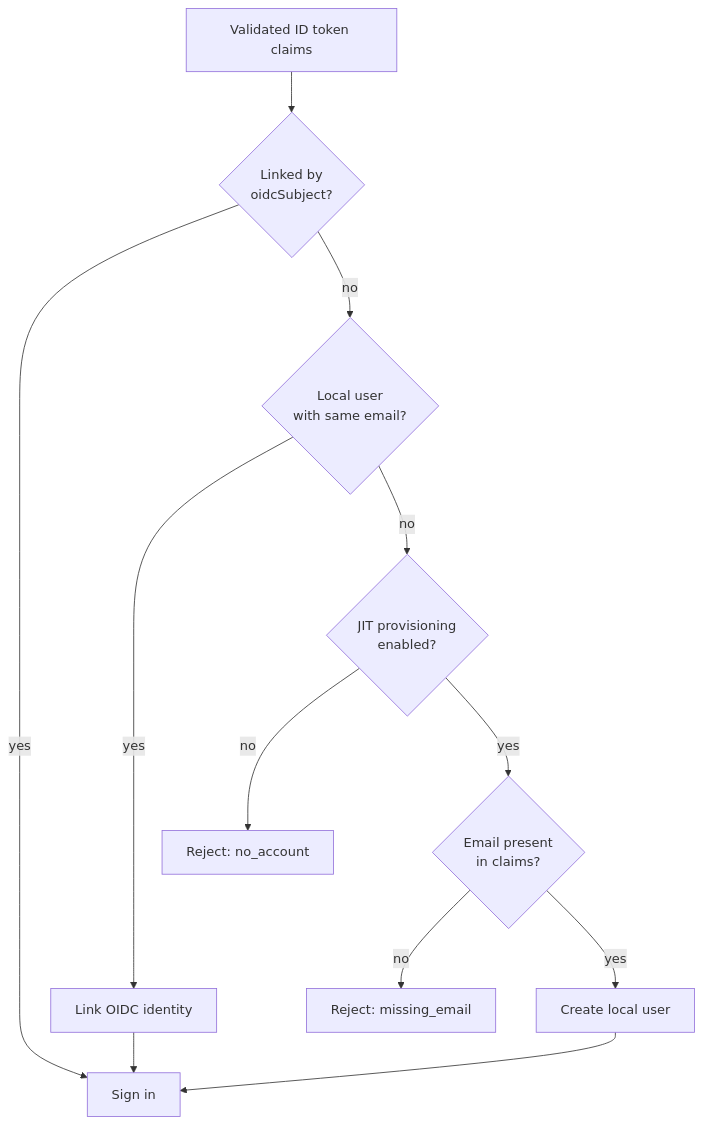
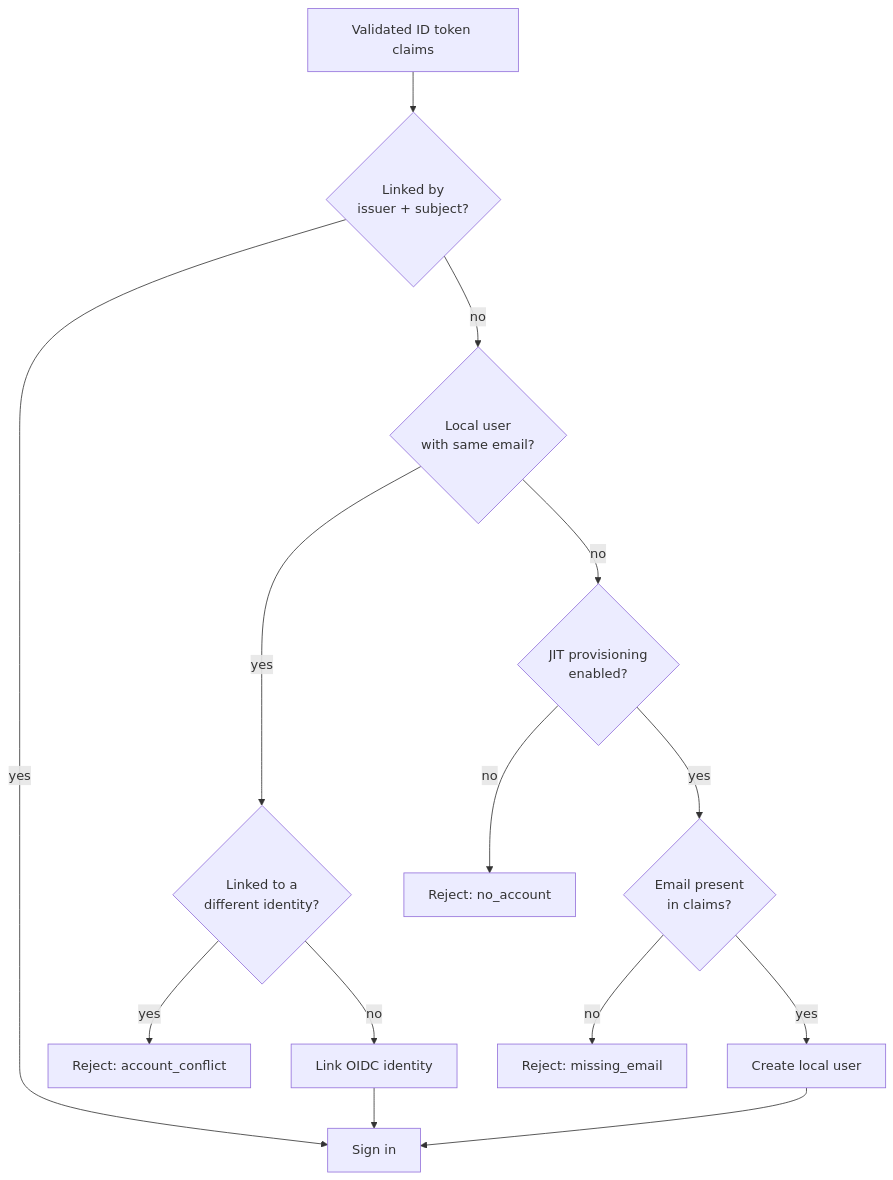
Before and after one commit to mieweb/opensource-server: the second of 2 diagrams in mie-opensource-landing/docs/admins/oidc.md, drawn with Mermaid. The commit also changed other lines of this file and 6 other files, not shown here.

````diff
--- a/mie-opensource-landing/docs/admins/oidc.md
+++ b/mie-opensource-landing/docs/admins/oidc.md
@@ -118,12 +118,14 @@
 ```mermaid
 graph TD
-    A[Validated ID token claims] --> B{Linked by<br/>oidcSubject?}
+    A[Validated ID token claims] --> B{Linked by<br/>issuer + subject?}
     B -- yes --> Z[Sign in]
     B -- no --> C{Local user<br/>with same email?}
-    C -- yes --> D[Link OIDC identity] --> Z
+    C -- yes --> J{Linked to a<br/>different identity?}
+    J -- yes --> K[Reject: account_conflict]
+    J -- no --> D[Link OIDC identity] --> Z
     C -- no --> E{JIT provisioning<br/>enabled?}
     E -- no --> F[Reject: no_account]
     E -- yes --> G{Email present<br/>in claims?}
     G -- no --> H[Reject: missing_email]
     G -- yes --> I[Create local user] --> Z
 ```
````
